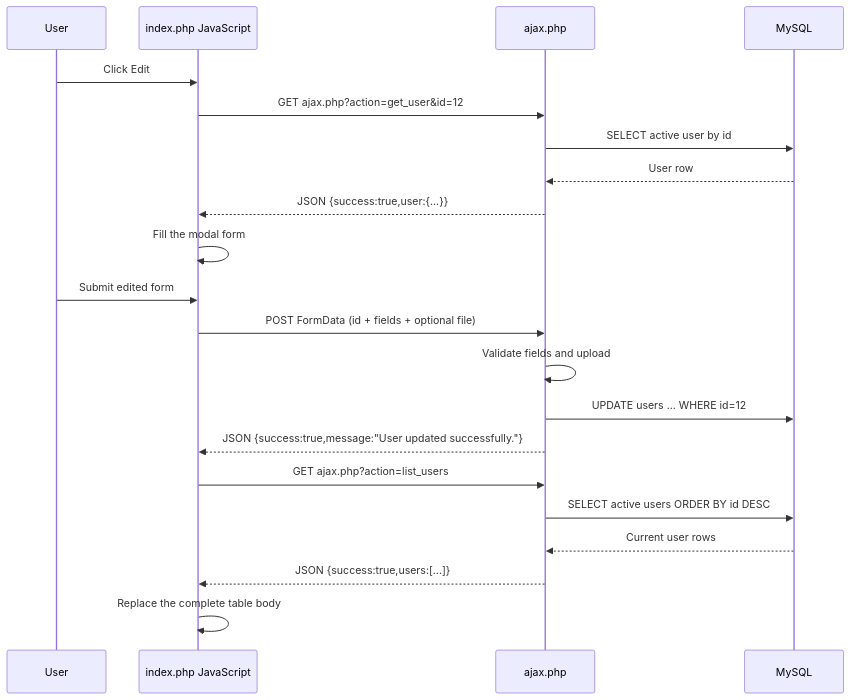
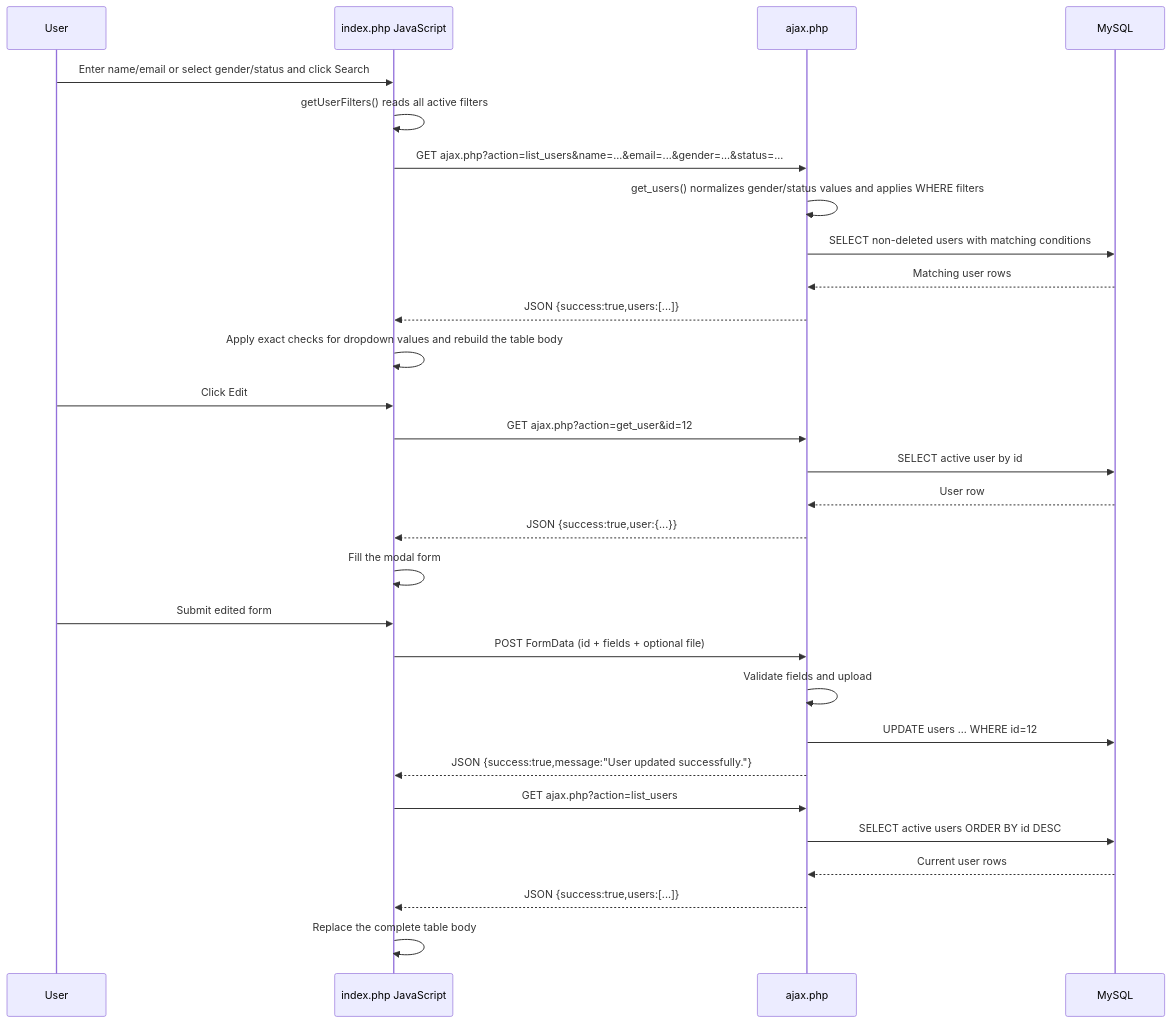
One commit to 1forsithlord/Learning_for_php changed the second of 2 diagrams in README.md. Above: the diagram before and after it, drawn with Mermaid. The commit also changed other lines of this file and 2 other files, not shown here.

````diff
--- a/README.md
+++ b/README.md
@@ -127,25 +156,34 @@
 ```mermaid
 sequenceDiagram
       participant User
       participant Browser as index.php JavaScript
       participant API as ajax.php
       participant DB as MySQL
+
+      User->>Browser: Enter name/email or select gender/status and click Search
+      Browser->>Browser: getUserFilters() reads all active filters
+      Browser->>API: GET ajax.php?action=list_users&name=...&email=...&gender=...&status=...
+      API->>API: get_users() normalizes gender/status values and applies WHERE filters
+      API->>DB: SELECT non-deleted users with matching conditions
+      DB-->>API: Matching user rows
+      API-->>Browser: JSON {success:true,users:[...]}
+      Browser->>Browser: Apply exact checks for dropdown values and rebuild the table body
 
       User->>Browser: Click Edit
       Browser->>API: GET ajax.php?action=get_user&id=12
       API->>DB: SELECT active user by id
       DB-->>API: User row
       API-->>Browser: JSON {success:true,user:{...}}
       Browser->>Browser: Fill the modal form
 
       User->>Browser: Submit edited form
       Browser->>API: POST FormData (id + fields + optional file)
       API->>API: Validate fields and upload
       API->>DB: UPDATE users ... WHERE id=12
       API-->>Browser: JSON {success:true,message:"User updated successfully."}
       Browser->>API: GET ajax.php?action=list_users
       API->>DB: SELECT active users ORDER BY id DESC
       DB-->>API: Current user rows
       API-->>Browser: JSON {success:true,users:[...]}
       Browser->>Browser: Replace the complete table body
 ```
````
